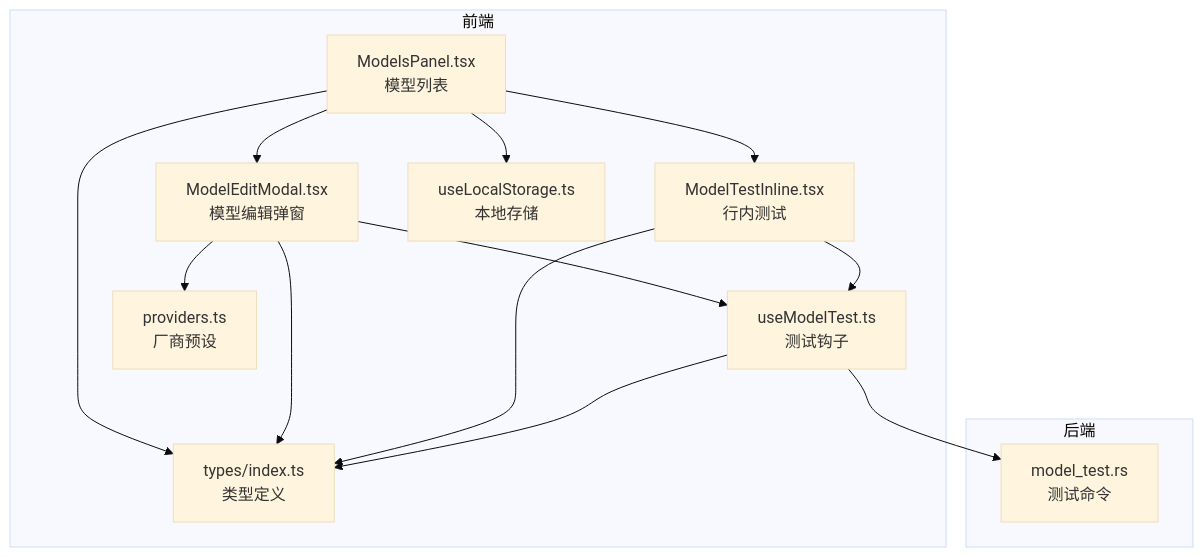
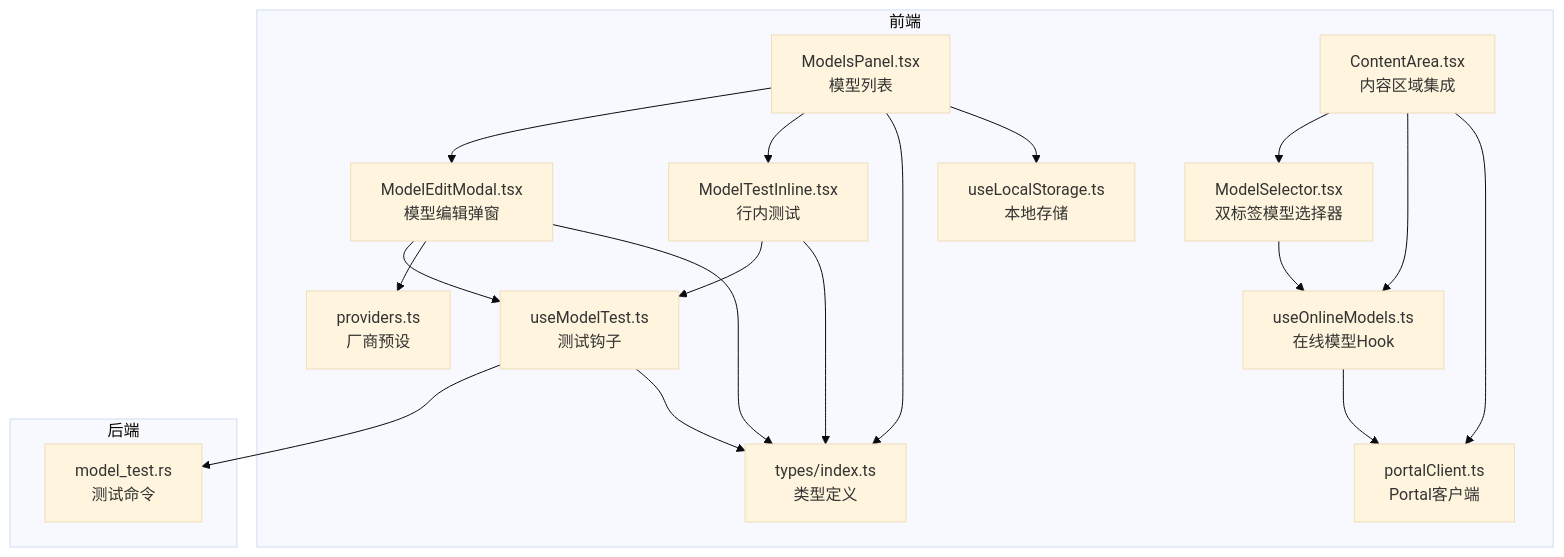
Before and after one commit to RabbitAI-Lab/RabbitCoding: the first of 4 diagrams in .qoder/repowiki/zh/content/设置和配置/模型配置/模型配置.md, drawn with Mermaid (base theme). The commit also changed other lines of this file and 66 other files, not shown here.

````diff
--- a/.qoder/repowiki/zh/content/设置和配置/模型配置/模型配置.md
+++ b/.qoder/repowiki/zh/content/设置和配置/模型配置/模型配置.md
@@ -40,26 +55,35 @@
 ```mermaid
 graph TB
 subgraph "前端"
 A["ModelsPanel.tsx<br/>模型列表"]
 B["ModelEditModal.tsx<br/>模型编辑弹窗"]
 C["ModelTestInline.tsx<br/>行内测试"]
 D["useModelTest.ts<br/>测试钩子"]
 E["providers.ts<br/>厂商预设"]
 F["types/index.ts<br/>类型定义"]
 G["useLocalStorage.ts<br/>本地存储"]
+H["useOnlineModels.ts<br/>在线模型Hook"]
+I["portalClient.ts<br/>Portal客户端"]
+J["ModelSelector.tsx<br/>双标签模型选择器"]
+K["ContentArea.tsx<br/>内容区域集成"]
 end
 subgraph "后端"
-H["model_test.rs<br/>测试命令"]
+L["model_test.rs<br/>测试命令"]
 end
 A --> B
 A --> C
 B --> D
 C --> D
-D --> H
+D --> L
 B --> E
 A --> F
 B --> F
 C --> F
 D --> F
 A --> G
+H --> I
+J --> H
+K --> J
+K --> H
+K --> I
 ```
````
